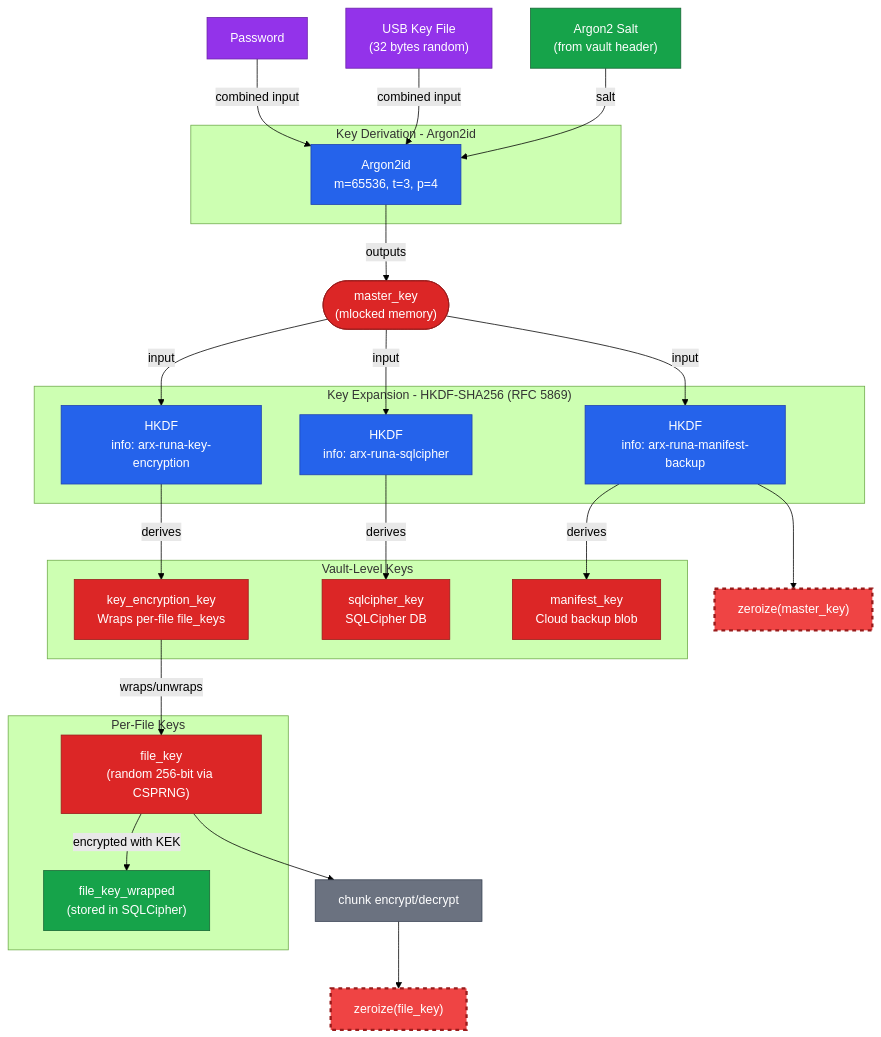
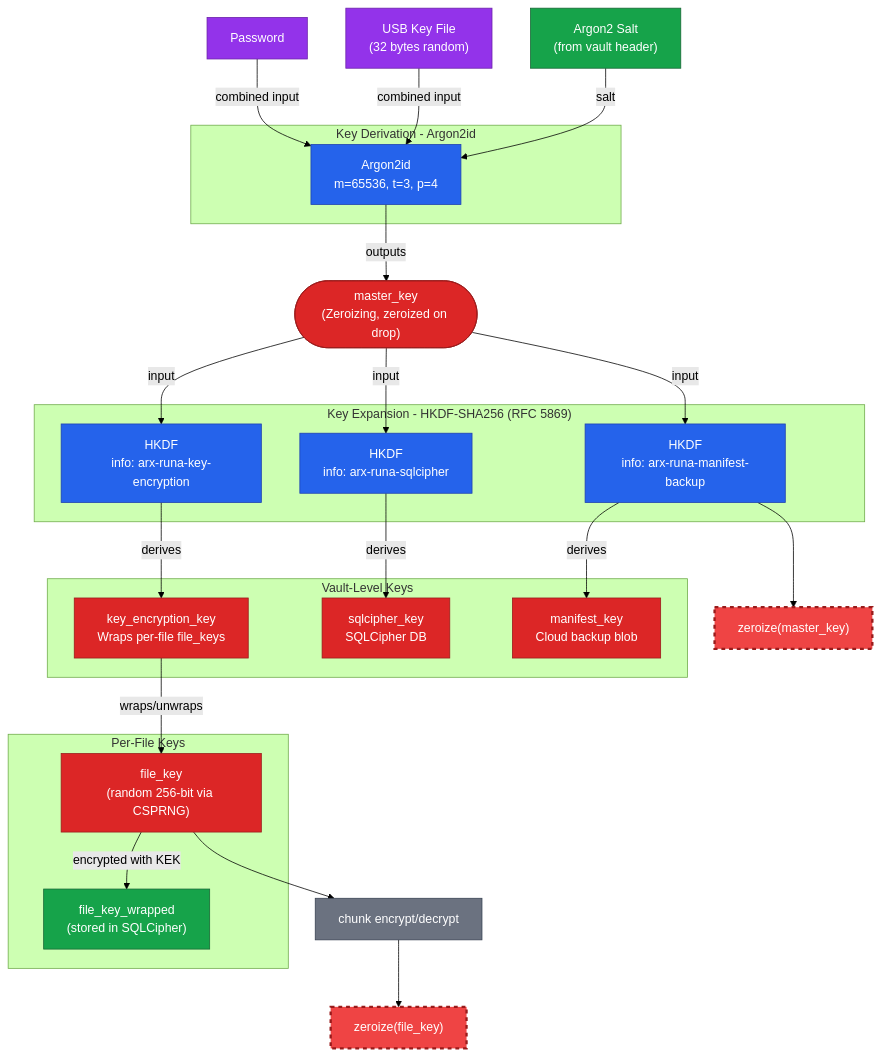
Before and after one commit to salgaard/arx-runa: the first of 8 diagrams in docs/report/arx-runa-bachelorrapport.md, drawn with Mermaid (forest theme). The commit also changed other lines of this file and 19 other files, not shown here.

````diff
--- a/docs/report/arx-runa-bachelorrapport.md
+++ b/docs/report/arx-runa-bachelorrapport.md
@@ -236,52 +236,52 @@
 ```mermaid
 flowchart TD
     PW["Password"]:::user
     KF["USB Key File<br/>(32 bytes random)"]:::user
     SALT["Argon2 Salt<br/>(from vault header)"]:::storage
 
     subgraph KDF ["Key Derivation - Argon2id"]
         ARGON["Argon2id<br/>m=65536, t=3, p=4"]:::crypto
     end
 
-    MK_NODE(["master_key<br/>(mlocked memory)"]):::secret
+    MK_NODE(["master_key<br/>(Zeroizing, zeroized on drop)"]):::secret
 
     subgraph HKDF_LAYER ["Key Expansion - HKDF-SHA256 (RFC 5869)"]
         HKDF1["HKDF<br/>info: arx-runa-key-encryption"]:::crypto
         HKDF2["HKDF<br/>info: arx-runa-sqlcipher"]:::crypto
         HKDF3["HKDF<br/>info: arx-runa-manifest-backup"]:::crypto
     end
 
     subgraph VAULT_KEYS ["Vault-Level Keys"]
         KEK["key_encryption_key<br/>Wraps per-file file_keys"]:::secret
         SK["sqlcipher_key<br/>SQLCipher DB"]:::secret
         MK["manifest_key<br/>Cloud backup blob"]:::secret
     end
 
     subgraph PER_FILE ["Per-File Keys"]
         FK["file_key<br/>(random 256-bit via CSPRNG)"]:::secret
         FKW["file_key_wrapped<br/>(stored in SQLCipher)"]:::storage
     end
 
     PW -->|combined input| ARGON
     KF -->|combined input| ARGON
     SALT -->|salt| ARGON
     ARGON -->|outputs| MK_NODE
     MK_NODE -->|input| HKDF1
     MK_NODE -->|input| HKDF2
     MK_NODE -->|input| HKDF3
     HKDF1 -->|derives| KEK
     HKDF2 -->|derives| SK
     HKDF3 -->|derives| MK
     HKDF3 --> ZEROIZE_MK["zeroize(master_key)"]:::zeroize
     KEK -->|wraps/unwraps| FK
     FK -->|encrypted with KEK| FKW
     FK --> USE_FK["chunk encrypt/decrypt"]:::proc
     USE_FK --> ZEROIZE_FK["zeroize(file_key)"]:::zeroize
 
     classDef secret fill:#dc2626,stroke:#991b1b,color:#fff
     classDef crypto fill:#2563eb,stroke:#1e40af,color:#fff
     classDef storage fill:#16a34a,stroke:#166534,color:#fff
     classDef user fill:#9333ea,stroke:#6b21a8,color:#fff
     classDef zeroize fill:#ef4444,stroke:#991b1b,color:#fff,stroke-width:3px,stroke-dasharray:5 5
     classDef proc fill:#6b7280,stroke:#374151,color:#fff
 ```
````
